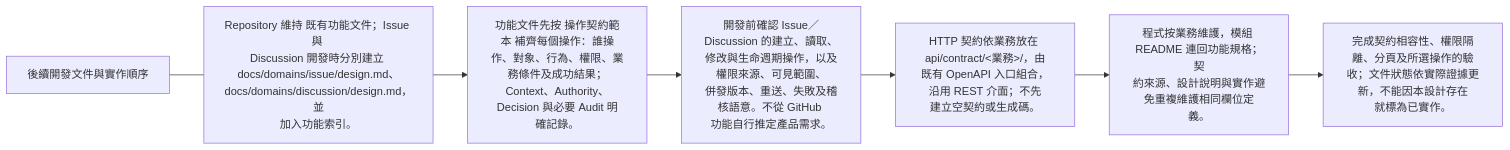
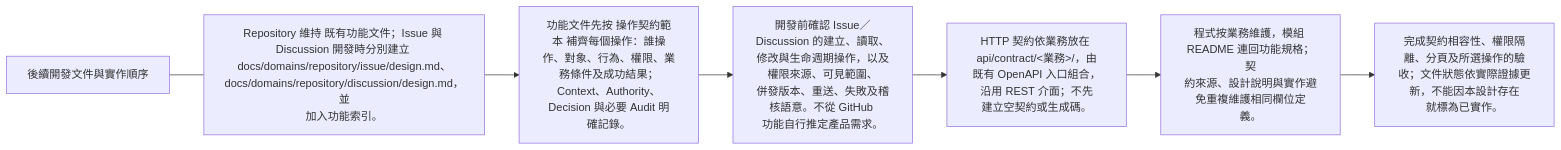
Diagram 25 of 26 in docs/proposals/platform/domain-model.md (963sup/line-mini-app-bot), drawn with Mermaid before and after one commit. The commit also changed other lines of this file and 40 other files, not shown here.

````diff
--- a/docs/proposals/platform/domain-model.md
+++ b/docs/proposals/platform/domain-model.md
@@ -251,12 +251,12 @@
 ```mermaid
 flowchart LR
   h["後續開發文件與實作順序"]
-  h --- n0["Repository 維持 既有功能文件；Issue 與 <br/>Discussion 開發時分別建立 <br/>docs/domains/issue/design.md、<br/>docs/domains/discussion/design.md，並<br/>加入功能索引。"]
+  h --- n0["Repository 維持 既有功能文件；Issue 與 <br/>Discussion 開發時分別建立 <br/>docs/domains/repository/issue/design.md、<br/>docs/domains/repository/discussion/design.md，並<br/>加入功能索引。"]
   click n0 "../../domains/repository/README.md"
   n0 --> n1["功能文件先按 操作契約範本 補齊每個操作：誰操<br/>作、對象、行為、權限、業務條件及成功結果；<br/>Context、Authority、Decision 與必要 Audit 明<br/>確記錄。"]
   click n1 "../../architecture/contracts/business-operations.md#功能操作契約範本"
   n1 --> n2["開發前確認 Issue／Discussion 的建立、讀取、<br/>修改與生命週期操作，以及權限來源、可見範圍、<br/>併發版本、重送、失敗及稽核語意。不從 GitHub <br/>功能自行推定產品需求。"]
   n2 --> n3["HTTP 契約依業務放在 api/contract/&lt;業務&gt;/，由<br/>既有 OpenAPI 入口組合，沿用 REST 介面；不先<br/>建立空契約或生成碼。"]
   n3 --> n4["程式按業務維護，模組 README 連回功能規格；契<br/>約來源、設計說明與實作避免重複維護相同欄位定<br/>義。"]
   n4 --> n5["完成契約相容性、權限隔離、分頁及所選操作的驗<br/>收；文件狀態依實際證據更新，不能因本設計存在<br/>就標為已實作。"]
 ```
````
